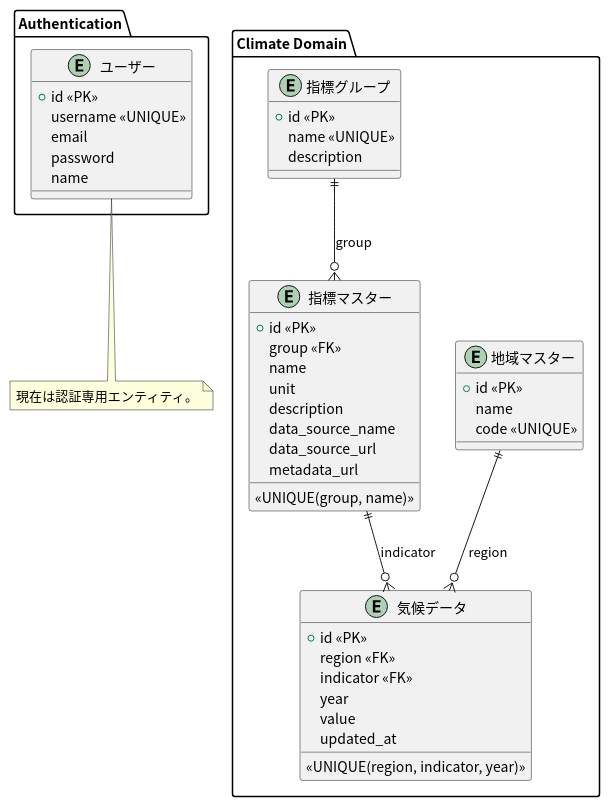
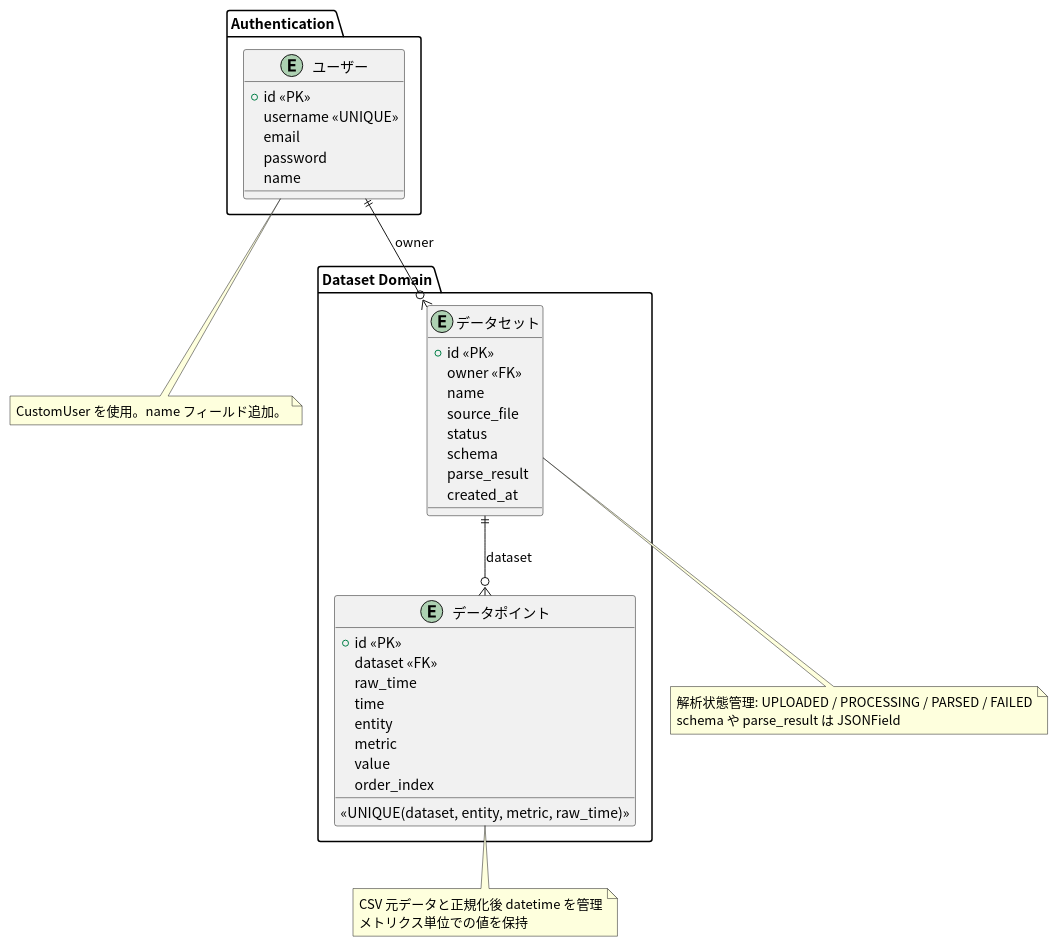
Before and after one commit to tomoki-shiozaki/vizshare: the diagram in docs/er/er.pu, drawn with PlantUML. The commit also changed 12 other files, not shown here.

```diff
--- a/docs/er/er.pu
+++ b/docs/er/er.pu
@@ -1,60 +1,57 @@
 @startuml er
 skinparam defaultFontName "Noto Sans CJK JP"
 
 package "Authentication" {
   entity "ユーザー" as User {
     +id <<PK>>
     username <<UNIQUE>>
     email
     password
     name
   }
 }
 
-package "Climate Domain" {
-
-  entity "地域マスター" as Region {
+package "Dataset Domain" {
+  
+  entity "データセット" as Dataset {
     +id <<PK>>
+    owner <<FK>>
     name
-    code <<UNIQUE>>
+    source_file
+    status
+    schema
+    parse_result
+    created_at
   }
 
-  entity "指標グループ" as IndicatorGroup {
+  entity "データポイント" as DataPoint {
     +id <<PK>>
-    name <<UNIQUE>>
-    description
+    dataset <<FK>>
+    raw_time
+    time
+    entity
+    metric
+    value
+    order_index
+    <<UNIQUE(dataset, entity, metric, raw_time)>>
   }
 
-  entity "指標マスター" as Indicator {
-    +id <<PK>>
-    group <<FK>>
-    name
-    unit
-    description
-    data_source_name
-    data_source_url
-    metadata_url
-    <<UNIQUE(group, name)>>
-  }
-
-  entity "気候データ" as ClimateData {
-    +id <<PK>>
-    region <<FK>>
-    indicator <<FK>>
-    year
-    value
-    updated_at
-    <<UNIQUE(region, indicator, year)>>
-  }
-
-  IndicatorGroup ||--o{ Indicator : group
-
-  Region ||--o{ ClimateData : region
-  Indicator ||--o{ ClimateData : indicator
+  User ||--o{ Dataset : owner
+  Dataset ||--o{ DataPoint : dataset
 }
 
 note bottom of User
-現在は認証専用エンティティ。
+CustomUser を使用。name フィールド追加。
+end note
+
+note bottom of Dataset
+解析状態管理: UPLOADED / PROCESSING / PARSED / FAILED
+schema や parse_result は JSONField
+end note
+
+note bottom of DataPoint
+CSV 元データと正規化後 datetime を管理
+メトリクス単位での値を保持
 end note
 
 @enduml
```
